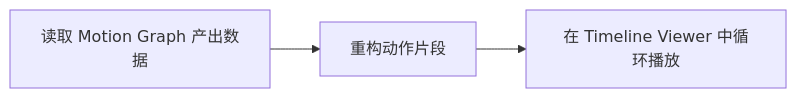
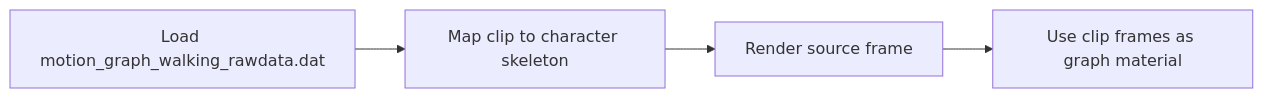
Before and after one commit to EvihGraphics/AnimationTech-HTC: the third of 6 diagrams in docs/blog/AnimationPapers/precomputing_avatar_behavior/README.md, drawn with Mermaid. The commit also changed other lines of this file and 27 other files, not shown here.

````diff
--- a/docs/blog/AnimationPapers/precomputing_avatar_behavior/README.md
+++ b/docs/blog/AnimationPapers/precomputing_avatar_behavior/README.md
@@ -72,5 +63,6 @@
 ```mermaid
 flowchart LR
-    A[读取 Motion Graph 产出数据] --> B[重构动作片段]
-    B --> C[在 Timeline Viewer 中循环播放]
+    A[Load motion_graph_walking_rawdata.dat] --> B[Map clip to character skeleton]
+    B --> C[Render source frame]
+    C --> D[Use clip frames as graph material]
 ```
````
